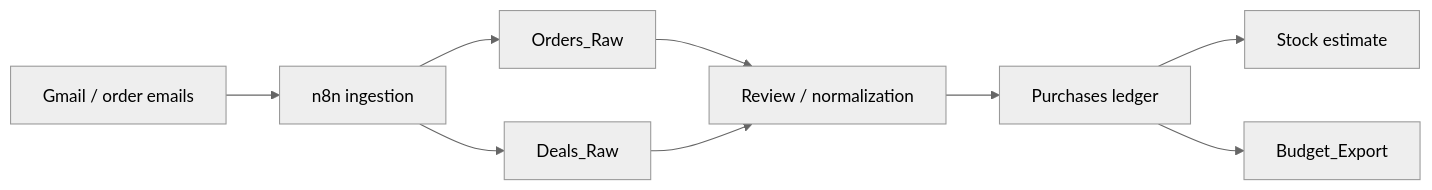
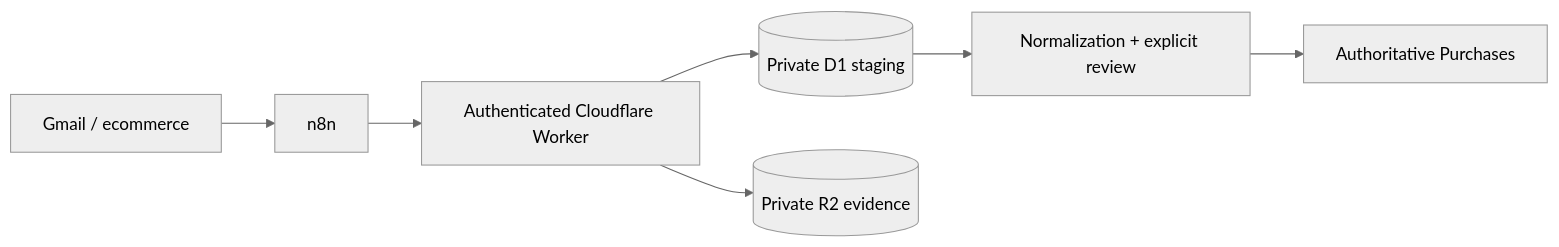
Before and after one commit to ryjen/shopping-inventory: the diagram in automation/n8n/README.md, drawn with Mermaid (neutral theme). The commit also changed other lines of this file and 1 other file, not shown here.

First line of the commit message:
Finish documentation reconciliation for private D1 authority (#34)

````diff
--- a/automation/n8n/README.md
+++ b/automation/n8n/README.md
@@ -26,12 +11,9 @@
 ```mermaid
 flowchart LR
-  Gmail["Gmail / order emails"] --> N8N["n8n ingestion"]
-  N8N --> OrdersRaw["Orders_Raw"]
-  N8N --> DealsRaw["Deals_Raw"]
-
-  OrdersRaw --> Review["Review / normalization"]
-  DealsRaw --> Review
-  Review --> Purchases["Purchases ledger"]
-  Purchases --> Stock["Stock estimate"]
-  Purchases --> BudgetExport["Budget_Export"]
+  Gmail[Gmail / ecommerce] --> N8N[n8n]
+  N8N --> Worker[Authenticated Cloudflare Worker]
+  Worker --> D1[(Private D1 staging)]
+  Worker --> R2[(Private R2 evidence)]
+  D1 --> Review[Normalization + explicit review]
+  Review --> Purchases[Authoritative Purchases]
 ```
````
